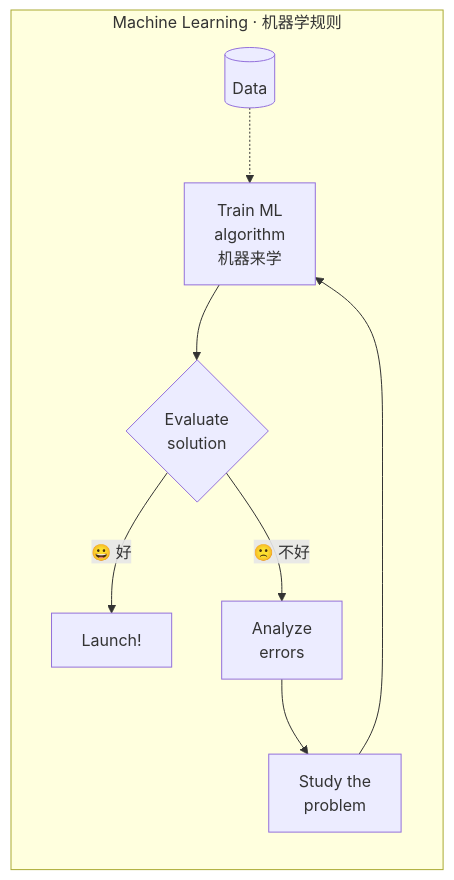
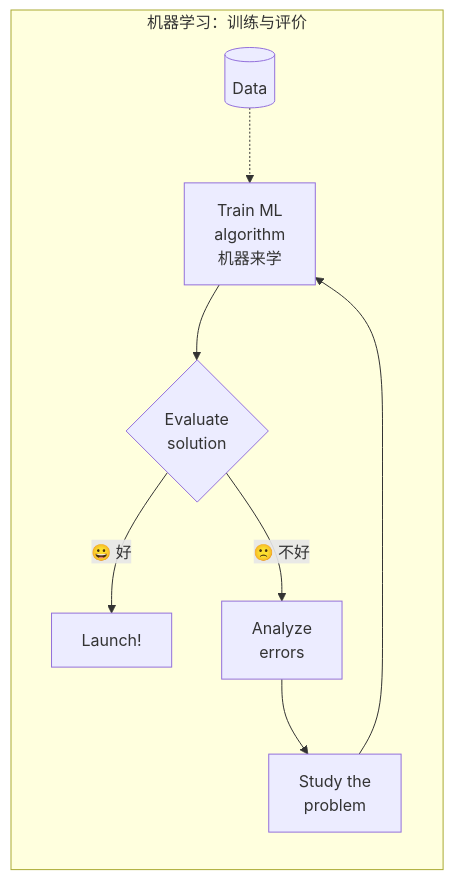
One commit to CercaTrovato/cityu-ai-course-notes changed the second of 18 diagrams in IS6400_Business_Data_Analytics/notes/M01-导论-商业数据分析全景与工具链.md. Above: the diagram before and after it, drawn with Mermaid. The commit also changed other lines of this file and 116 other files, not shown here.

````diff
--- a/IS6400_Business_Data_Analytics/notes/M01-导论-商业数据分析全景与工具链.md
+++ b/IS6400_Business_Data_Analytics/notes/M01-导论-商业数据分析全景与工具链.md
@@ -279,10 +339,10 @@
 ```mermaid
 flowchart LR
-    subgraph ML["Machine Learning · 机器学规则"]
+    subgraph ML["机器学习：训练与评价"]
         D[("Data")] -.-> M2
         M1["Study the<br/>problem"] --> M2["Train ML<br/>algorithm<br/>机器来学"] --> M3{"Evaluate<br/>solution"}
         M3 -->|"😀 好"| M4["Launch!"]
         M3 -->|"🙁 不好"| M5["Analyze<br/>errors"]
         M5 --> M1
     end
 ```
````
